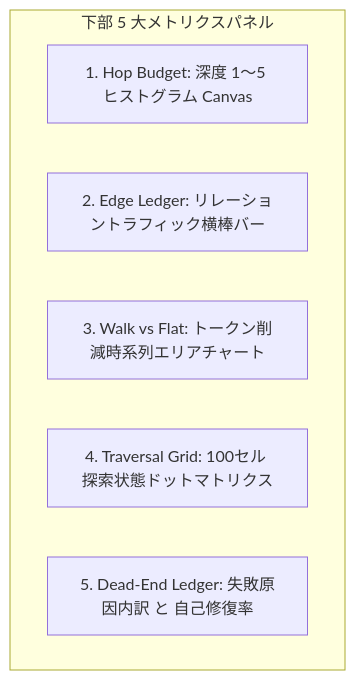
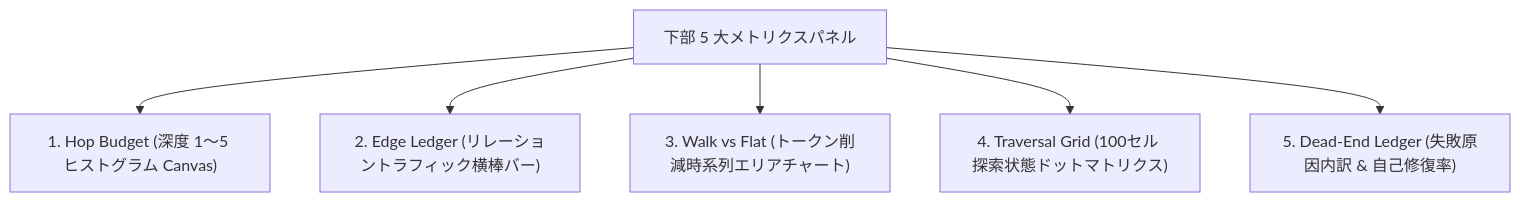
Before and after one commit to rokujyouhitoma/arxiv-security-papers: the sixth of 6 diagrams in docs/designs/DSN-14-graph_engineering_dashboard.md, drawn with Mermaid. The commit also changed other lines of this file and 5 other files, not shown here.

Commit message:
fix(docs): format all DSN-14 diagrams to match exact DSN-05 graph TD syntax

````diff
--- a/docs/designs/DSN-14-graph_engineering_dashboard.md
+++ b/docs/designs/DSN-14-graph_engineering_dashboard.md
@@ -467,10 +443,8 @@
 ```mermaid
-flowchart TD
-    subgraph Panels [下部 5 大メトリクスパネル]
-        P1["1. Hop Budget: 深度 1〜5 ヒストグラム Canvas"]
-        P2["2. Edge Ledger: リレーショントラフィック横棒バー"]
-        P3["3. Walk vs Flat: トークン削減時系列エリアチャート"]
-        P4["4. Traversal Grid: 100セル 探索状態ドットマトリクス"]
-        P5["5. Dead-End Ledger: 失敗原因内訳 と 自己修復率"]
-    end
+graph TD
+    M["下部 5 大メトリクスパネル"] --> P1["1. Hop Budget (深度 1〜5 ヒストグラム Canvas)"]
+    M --> P2["2. Edge Ledger (リレーショントラフィック横棒バー)"]
+    M --> P3["3. Walk vs Flat (トークン削減時系列エリアチャート)"]
+    M --> P4["4. Traversal Grid (100セル 探索状態ドットマトリクス)"]
+    M --> P5["5. Dead-End Ledger (失敗原因内訳 & 自己修復率)"]
 ```
````
